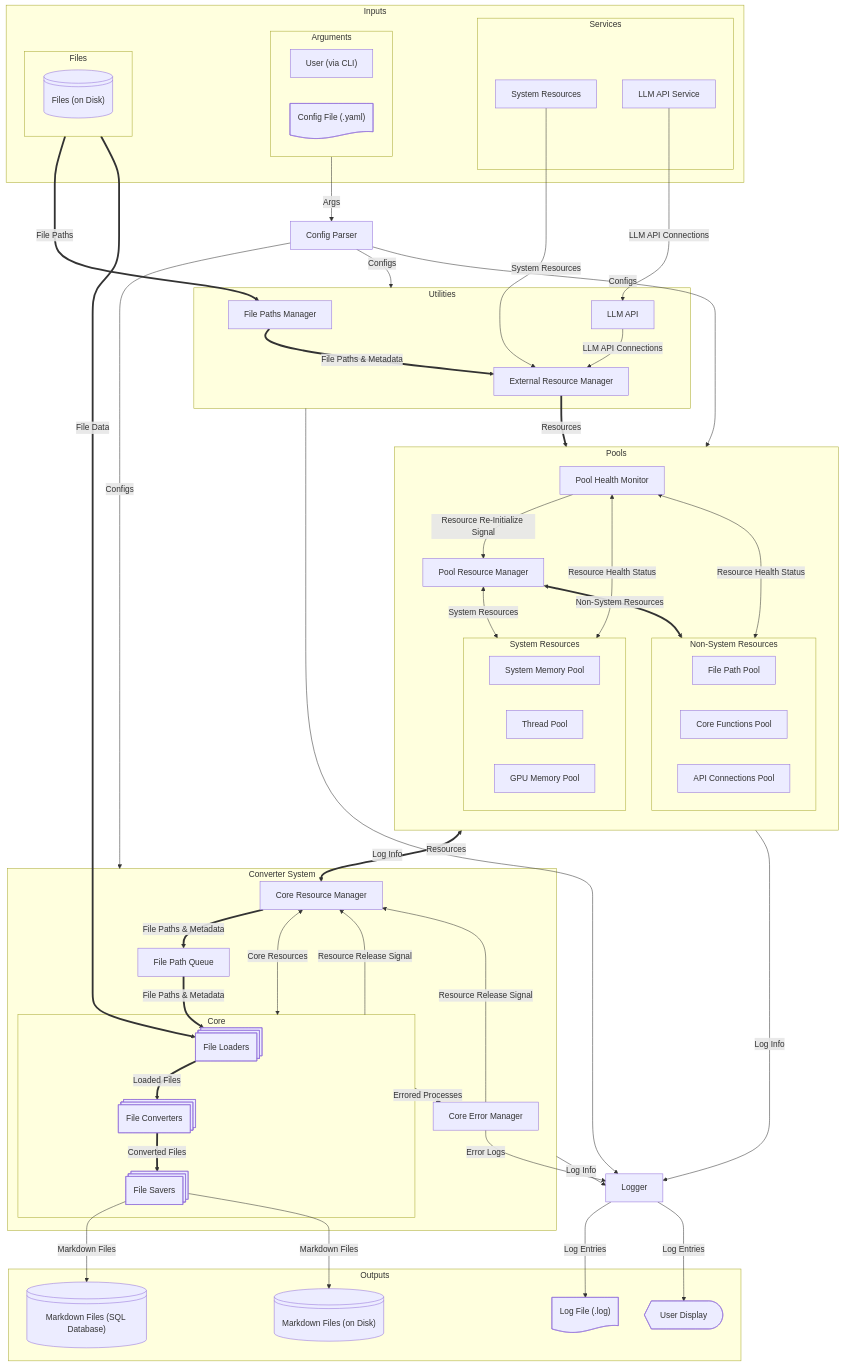
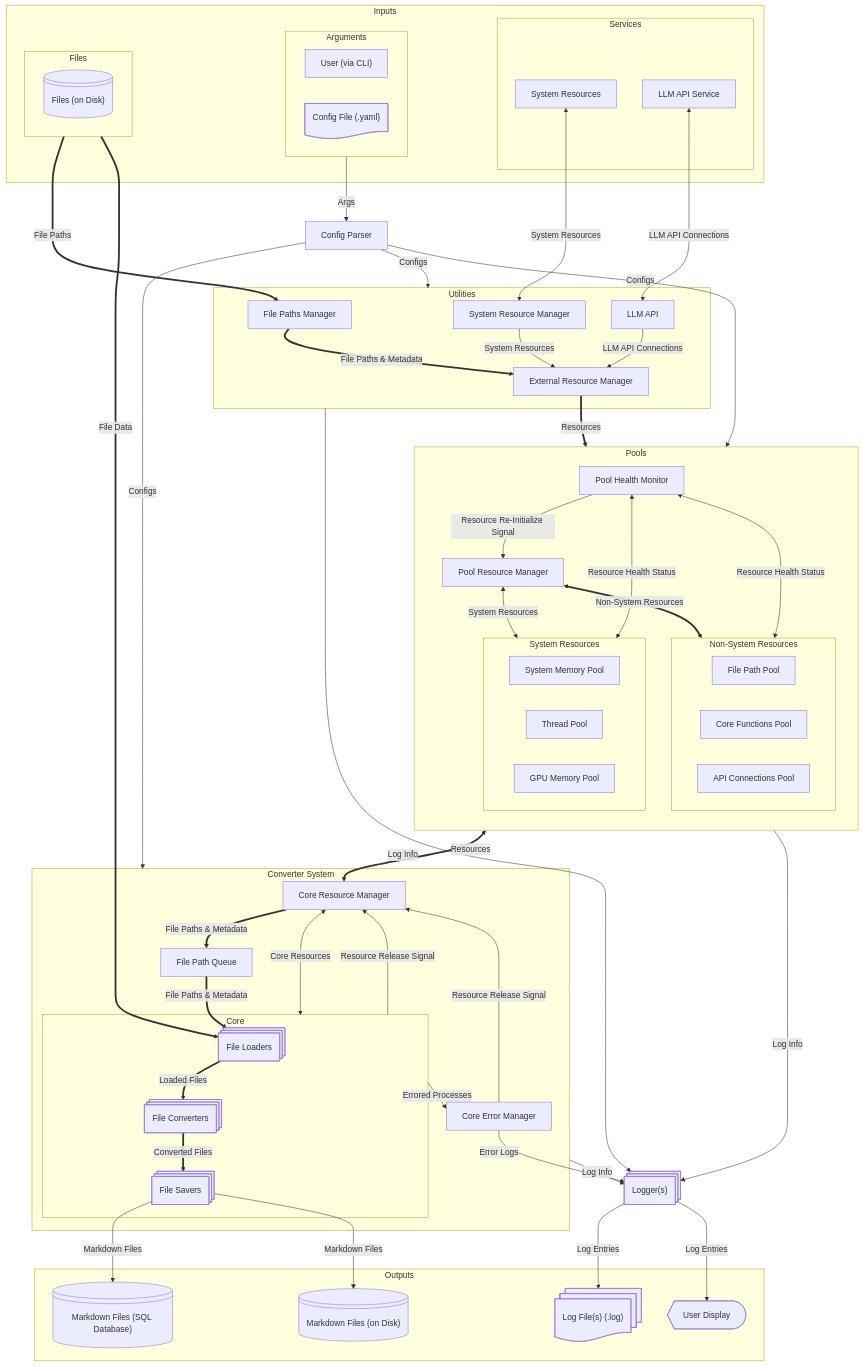
Before and after one commit to the-ride-never-ends/convert_to_txt_based_on_mime_type: the fourth of 5 diagrams in docs/SAD.md, drawn with Mermaid. The commit also changed 6 other files, not shown here.

```diff
--- a/docs/SAD.md
+++ b/docs/SAD.md
@@ -192,7 +192,8 @@
 
     subgraph utils["Utilities"]
         PathManager
-        LlmApi
+        LlmApiManager
+        SystemResourceManager
         ExternalResourceManager
     end
 
@@ -226,28 +227,35 @@
     ConfigParser --> |Configs| utils
     ConfigParser --> |Configs| pools
 
-    system --> |System Resources| ExternalResourceManager
-    ExternalResourceManager ==> |Resources| PoolResourceManager
-    llm_service --> |LLM API Connections| LlmApi
+    
+    system <--> |System Resources| SystemResourceManager
+    llm_service <--> |LLM API Connections| LlmApiManager
 
-    utils --> |Log Info| Logger
-    converter_system --> |Log Info| Logger
-    pools --> |Log Info| Logger
-    Logger --> |Log Entries| log
-    Logger --> |Log Entries| display
+    SystemResourceManager --> |System Resources| ExternalResourceManager
+    LlmApiManager --> |LLM API Connections| ExternalResourceManager
+    PathManager ==> |File Paths & Metadata| ExternalResourceManager
+    
+
 
     files ==> |File Paths| PathManager
-    PathManager ==> |File Paths & Metadata| ExternalResourceManager
-
     files ==> |File Data| FileLoader
 
-    LlmApi --> |LLM API Connections| ExternalResourceManager
+    
+    ExternalResourceManager ==> |Resources| PoolResourceManager
+
+    PoolResourceManager <==> |Non-System Resources| non_system_resources
+    PoolResourceManager <--> |System Resources| system_resources
+    PoolResourceManager <==> |Resources| CoreResourceManager
+    PoolHealthMonitor --> |Resource Re-Initialize Signal| PoolResourceManager
+    PoolHealthMonitor <---> |Resource Health Status| system_resources
+    PoolHealthMonitor <---> |Resource Health Status| non_system_resources
+
 
     FileLoader ==> |Loaded Files| FileConverter
     FileConverter ==> |Converted Files| FileSaver
     core --> |Resource Release Signal| CoreResourceManager
     core --> |Errored Processes| CoreErrorManager
-    CoreErrorManager --> |Error Logs| Logger
+
     CoreErrorManager --> |Resource Release Signal| CoreResourceManager
  
     CoreResourceManager ==> |File Paths & Metadata| FilePathQueue
@@ -256,12 +264,13 @@
     FileSaver --> |Markdown Files| md_files_sqlite
     FileSaver --> |Markdown Files| md_files
 
-    PoolResourceManager <==> |Non-System Resources| non_system_resources
-    PoolResourceManager <--> |System Resources| system_resources
-    PoolResourceManager <==> |Resources| CoreResourceManager
-    PoolHealthMonitor --> |Resource Re-Initialize Signal| PoolResourceManager
-    PoolHealthMonitor <---> |Resource Health Status| system_resources
-    PoolHealthMonitor <---> |Resource Health Status| non_system_resources
+    CoreErrorManager --> |Error Logs| Logger
+    utils --> |Log Info| Logger
+    converter_system --> |Log Info| Logger
+    pools --> |Log Info| Logger
+    Logger --> |Log Entries| log
+    Logger --> |Log Entries| display
+
 
     CoreResourceManager <---> |Core Resources| core
 
@@ -276,7 +285,7 @@
     md_files@{ shape: lin-cyl, label: "Markdown Files (on Disk)" }
     md_files_sqlite@{ shape: lin-cyl, label: "Markdown Files (SQL Database)" }
     display@{ shape: curv-trap, label: "User Display" }
-    log@{ shape: doc, label: "Log File (.log)" }
+    log@{ shape: docs, label: "Log File(s) (.log)" }
 
 
     %% Converter System %%
@@ -291,9 +300,10 @@
     FileSaver@{ shape: procs, label: "File Savers"}
 
     %% Utilities %%
-    Logger[Logger]
+    Logger@{ shape: procs, label: "Logger(s)"}
     ConfigParser[Config Parser]
-    LlmApi["LLM API"]
+    LlmApiManager["LLM API"]
+    SystemResourceManager[System Resource Manager]
     ExternalResourceManager[External Resource Manager]
 
     %% Pools %%
```
